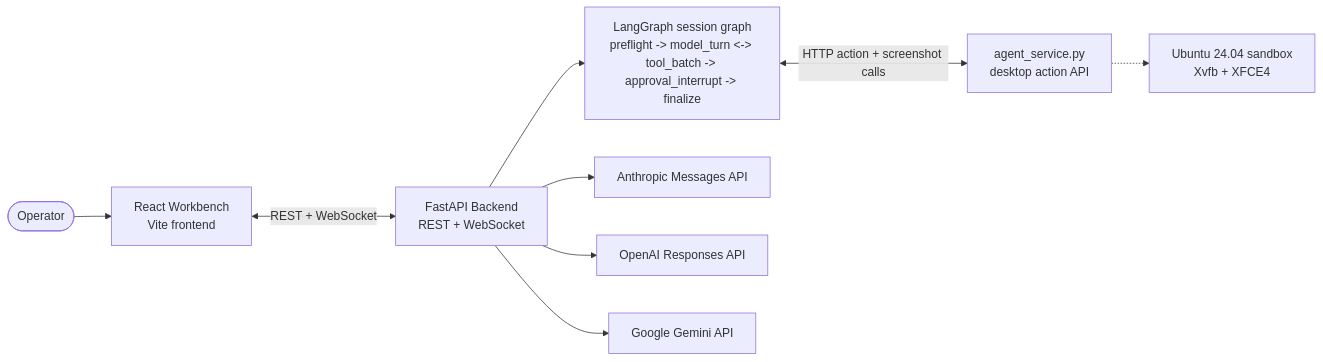
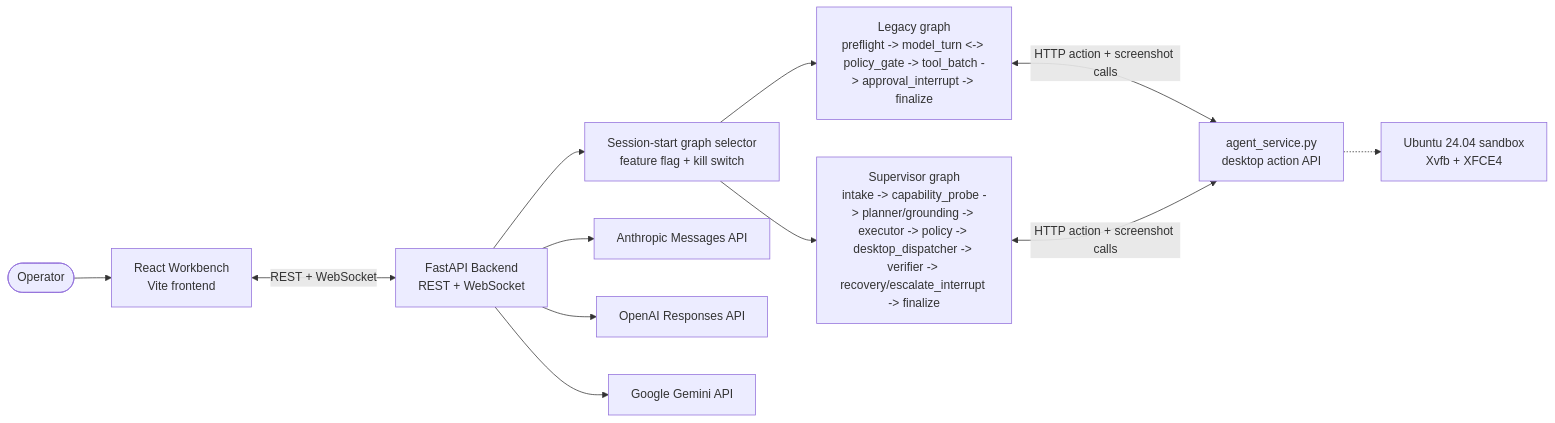
Before and after one commit to pypi-ahmad/computer-use: the diagram in README.md, drawn with Mermaid. The commit also changed other lines of this file and 43 other files, not shown here.

Commit message:
Add supervisor graph rollout and observability

````diff
--- a/README.md
+++ b/README.md
@@ -283,21 +329,26 @@
 ```mermaid
 flowchart LR
     User([Operator])
     UI[React Workbench<br/>Vite frontend]
     API[FastAPI Backend<br/>REST + WebSocket]
-    GRAPH[LangGraph session graph<br/>preflight -> model_turn <-> tool_batch -> approval_interrupt -> finalize]
+  SELECTOR[Session-start graph selector<br/>feature flag + kill switch]
+  LEGACY[Legacy graph<br/>preflight -> model_turn <-> policy_gate -> tool_batch -> approval_interrupt -> finalize]
+  SUPERVISOR[Supervisor graph<br/>intake -> capability_probe -> planner/grounding -> executor -> policy -> desktop_dispatcher -> verifier -> recovery/escalate_interrupt -> finalize]
     DOCKER[Ubuntu 24.04 sandbox<br/>Xvfb + XFCE4]
     AGENT[agent_service.py<br/>desktop action API]
     ANTH[Anthropic Messages API]
     OAI[OpenAI Responses API]
     GOOG[Google Gemini API]
 
     User --> UI
     UI <-->|REST + WebSocket| API
-    API --> GRAPH
-    GRAPH <-->|HTTP action + screenshot calls| AGENT
+  API --> SELECTOR
+  SELECTOR --> LEGACY
+  SELECTOR --> SUPERVISOR
+  LEGACY <-->|HTTP action + screenshot calls| AGENT
+  SUPERVISOR <-->|HTTP action + screenshot calls| AGENT
     AGENT -.-> DOCKER
     API --> ANTH
     API --> OAI
     API --> GOOG
 ```
````
